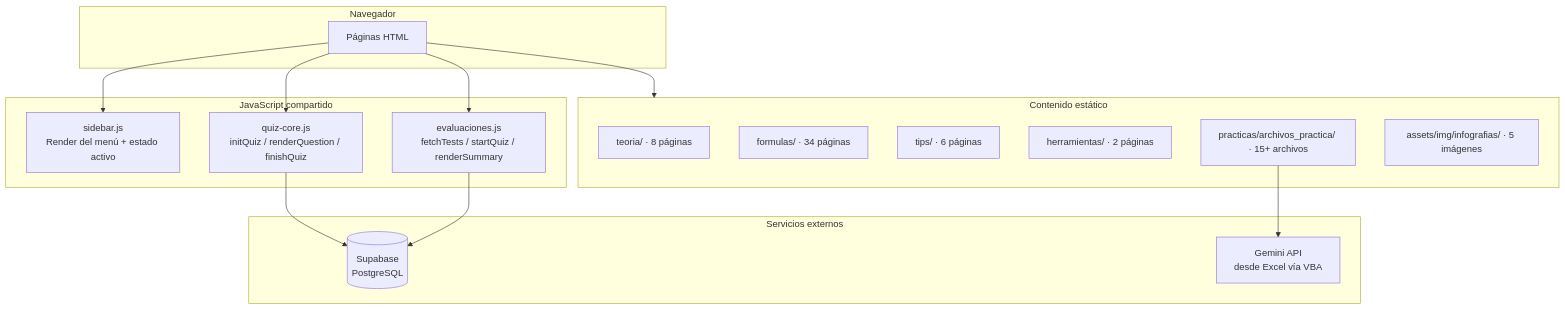
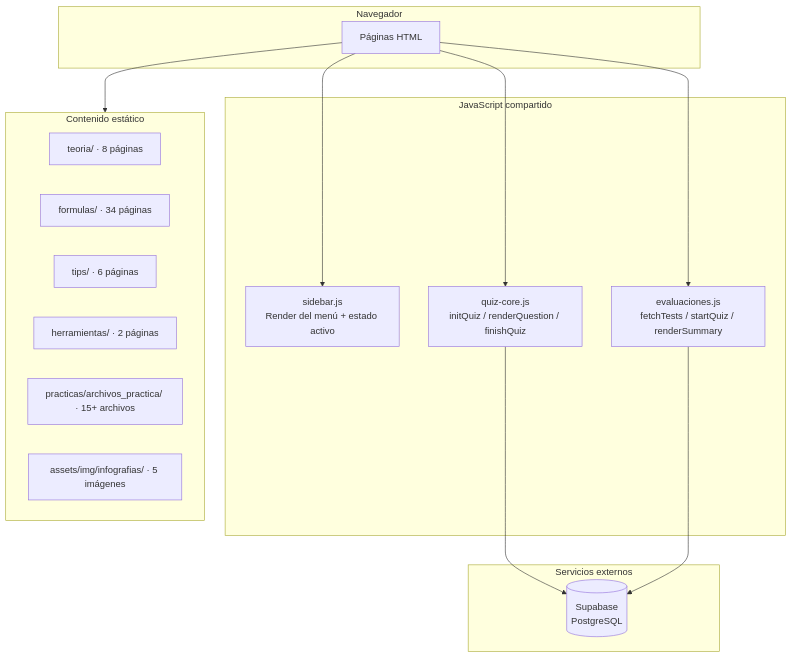
The first of 4 diagrams in docs/ARQUITECTURA_GLOBAL.md (Samydex156/vanilla-blog-excel), drawn with Mermaid before and after one commit. The commit also changed other lines of this file and 72 other files, not shown here.

````diff
--- a/docs/ARQUITECTURA_GLOBAL.md
+++ b/docs/ARQUITECTURA_GLOBAL.md
@@ -35,34 +34,32 @@
 ```mermaid
 graph TD
     subgraph Cliente[Navegador]
         UI[Páginas HTML]
     end
 
     subgraph CapaJS[JavaScript compartido]
         SB[sidebar.js<br/>Render del menú + estado activo]
         QC[quiz-core.js<br/>initQuiz / renderQuestion / finishQuiz]
         EV[evaluaciones.js<br/>fetchTests / startQuiz / renderSummary]
     end
 
     subgraph Contenido[Contenido estático]
         TE[teoria/ · 8 páginas]
         FO[formulas/ · 34 páginas]
         TI[tips/ · 6 páginas]
         HE[herramientas/ · 2 páginas]
         PR[practicas/archivos_practica/ · 15+ archivos]
         IN[assets/img/infografias/ · 5 imágenes]
     end
 
     subgraph Backend[Servicios externos]
         SUP[(Supabase<br/>PostgreSQL)]
-        GEM[Gemini API<br/>desde Excel vía VBA]
     end
 
     UI --> SB
     UI --> QC
     UI --> EV
     UI --> Contenido
     QC --> SUP
     EV --> SUP
-    PR --> GEM
 ```
````
